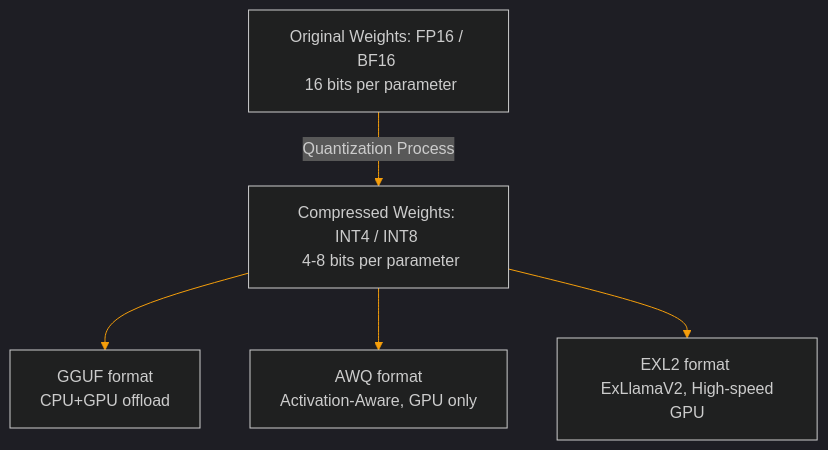
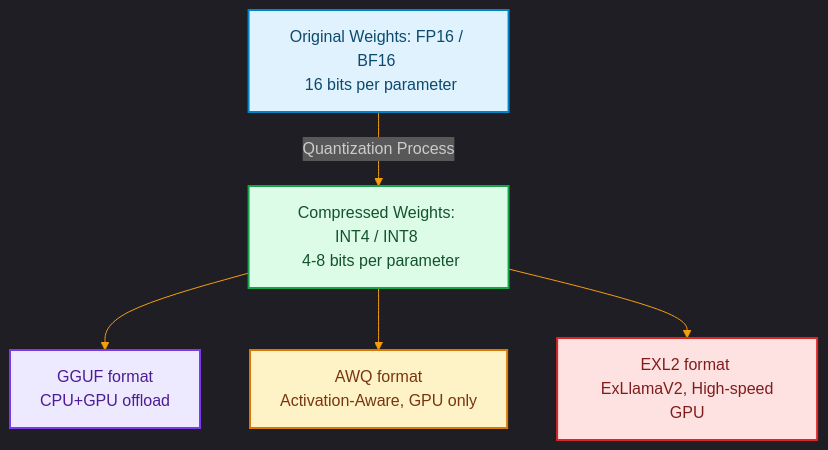
The diagram in blog/posts/local-llm-gguf-exl2-awq-quantization.md (akmalkhaniub/akmalkhaniub.github.io), drawn with Mermaid before and after one commit. The commit also changed other lines of this file and 1291 other files, not shown here.

First line of the commit message:
feat(catalog): unique covers, scholarly references, and diagram palettes

````diff
--- a/blog/posts/local-llm-gguf-exl2-awq-quantization.md
+++ b/blog/posts/local-llm-gguf-exl2-awq-quantization.md
@@ -13,8 +13,19 @@
 ```mermaid
 %%{init: {'theme': 'dark', 'themeVariables': { 'primaryColor': '#f59e0b', 'primaryTextColor': '#f3f4f6', 'primaryBorderColor': '#fbbf24', 'lineColor': '#f59e0b', 'secondaryColor': '#111827', 'tertiaryColor': '#0b0f19'}}}%%
 flowchart TD
-    FP16[Original Weights: FP16 / BF16 <br> 16 bits per parameter] -->|Quantization Process| INT4[Compressed Weights: INT4 / INT8 <br> 4-8 bits per parameter]
-    INT4 --> GGUF[GGUF format <br> CPU+GPU offload]
-    INT4 --> AWQ[AWQ format <br> Activation-Aware, GPU only]
-    INT4 --> EXL2[EXL2 format <br> ExLlamaV2, High-speed GPU]
+    FP16["Original Weights: FP16 / BF16 <br> 16 bits per parameter"] -->|Quantization Process| INT4["Compressed Weights: INT4 / INT8 <br> 4-8 bits per parameter"]
+    INT4 --> GGUF["GGUF format <br> CPU+GPU offload"]
+    INT4 --> AWQ["AWQ format <br> Activation-Aware, GPU only"]
+    INT4 --> EXL2["EXL2 format <br> ExLlamaV2, High-speed GPU"]
+
+classDef green fill:#dcfce7,stroke:#16a34a,stroke-width:2px,color:#14532d;
+classDef red fill:#fee2e2,stroke:#dc2626,stroke-width:2px,color:#7f1d1d;
+classDef blue fill:#e0f2fe,stroke:#0284c7,stroke-width:2px,color:#0c4a6e;
+classDef yellow fill:#fef3c7,stroke:#d97706,stroke-width:2px,color:#78350f;
+classDef purple fill:#ede9fe,stroke:#7c3aed,stroke-width:2px,color:#4c1d95;
+class FP16 blue
+class INT4 green
+class GGUF purple
+class AWQ yellow
+class EXL2 red
 ```
````
